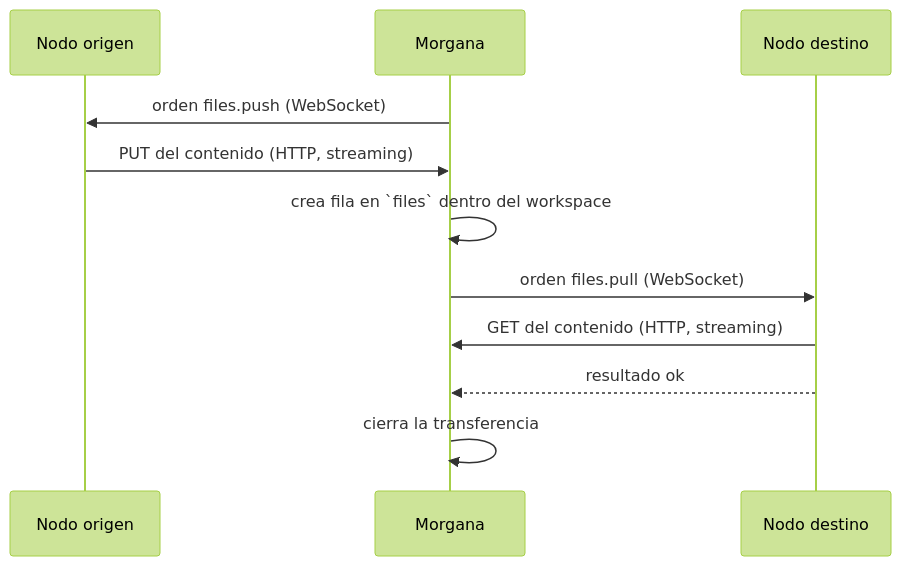
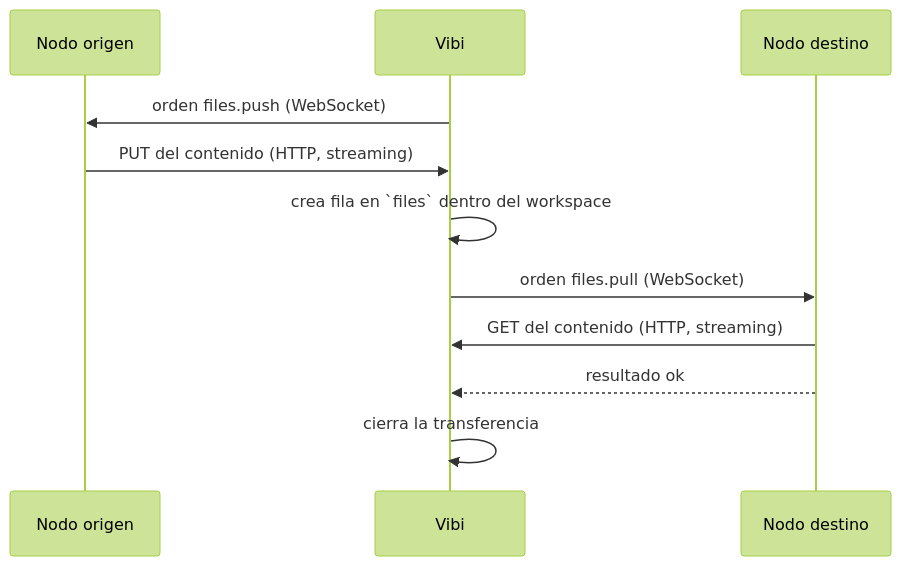
The sixth of 10 diagrams in docs/arquitectura.md (RubenGGBC/vibi), drawn with Mermaid (forest theme) before and after one commit. The commit also changed other lines of this file and 173 other files, not shown here.

````diff
--- a/docs/arquitectura.md
+++ b/docs/arquitectura.md
@@ -893,13 +893,13 @@
 ```mermaid
 sequenceDiagram
     participant O as Nodo origen
-    participant S as Morgana
+    participant S as Vibi
     participant D as Nodo destino
     S->>O: orden files.push (WebSocket)
     O->>S: PUT del contenido (HTTP, streaming)
     S->>S: crea fila en `files` dentro del workspace
     S->>D: orden files.pull (WebSocket)
     D->>S: GET del contenido (HTTP, streaming)
     D-->>S: resultado ok
     S->>S: cierra la transferencia
 ```
````
